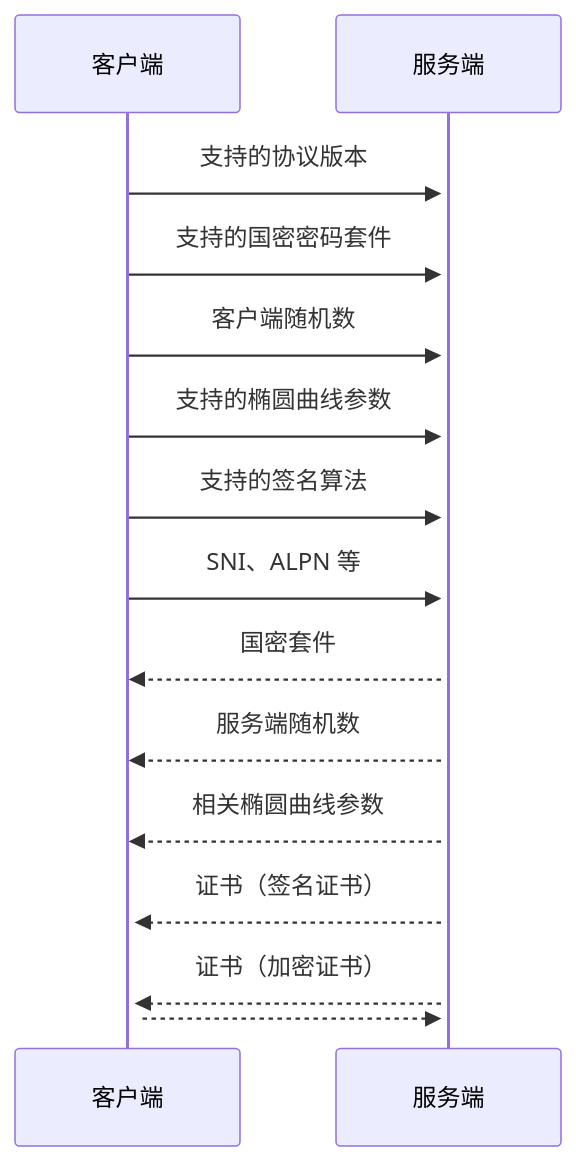
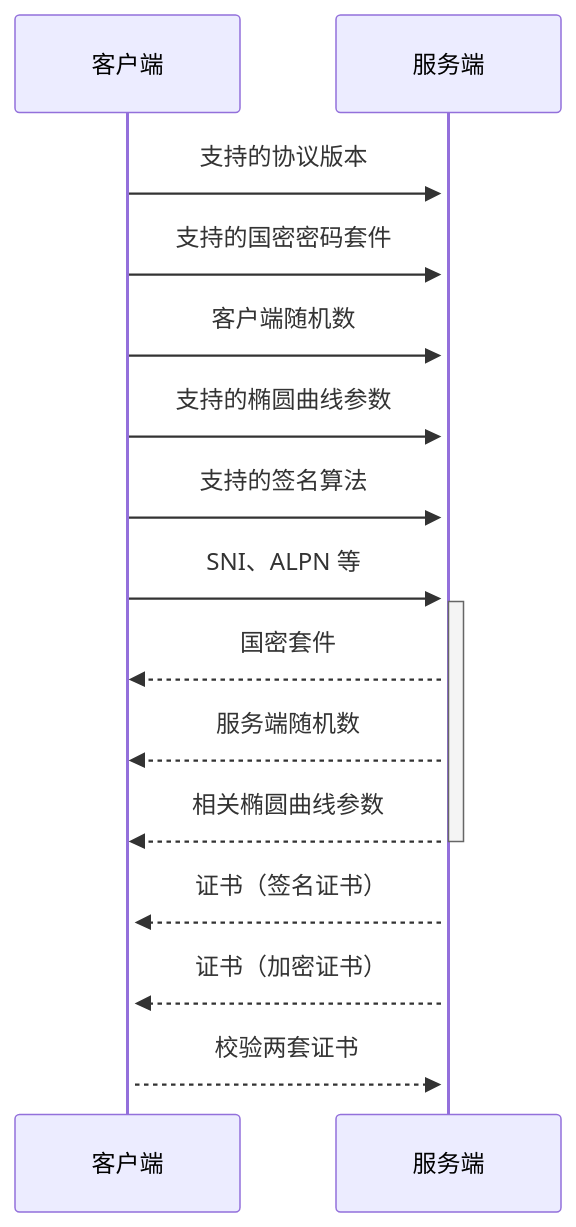
The diagram in all/未命名-1.md (HY-10-8/iodraw-files), drawn with Mermaid before and after one commit.

Commit message:
2026-03-24 10:03:14 update

````diff
--- a/all/未命名-1.md
+++ b/all/未命名-1.md
@@ -1,20 +1,20 @@
 ```mermaid
 sequenceDiagram
     客户端->>+服务端: 支持的协议版本
     客户端->>服务端: 支持的国密密码套件
     客户端->>服务端: 客户端随机数
     客户端->>服务端: 支持的椭圆曲线参数
     客户端->>服务端: 支持的签名算法
     客户端->>+服务端: SNI、ALPN 等
 
     服务端-->>客户端: 国密套件
     服务端-->>客户端: 服务端随机数
-    服务端-->>客户端: 相关椭圆曲线参数
+    服务端-->>-客户端: 相关椭圆曲线参数
 
     服务端-->>+客户端: 证书（签名证书）
-    服务端-->>+客户端: 证书（加密证书）
+    服务端-->>客户端: 证书（加密证书）
 
-    客户端-->>服务端:
+    客户端-->>服务端:校验两套证书
 
             
 ```
````
